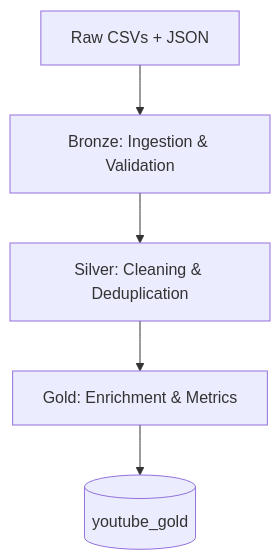
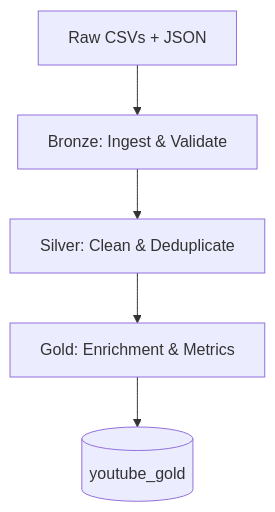
Before and after one commit to nickbartram/youtube_stats_databricks: the diagram in README.md, drawn with Mermaid.

Commit message:
another Mermaid edit

````diff
--- a/README.md
+++ b/README.md
@@ -13,7 +13,7 @@
 ```mermaid
 graph TD
-    A[Raw CSVs + JSON] --> B[Bronze: Ingestion & Validation]
-    B --> C[Silver: Cleaning & Deduplication]
+    A[Raw CSVs + JSON] --> B[Bronze: Ingest & Validate]
+    B --> C[Silver: Clean & Deduplicate]
     C --> D[Gold: Enrichment & Metrics]
     D --> E[(youtube_gold)]
 ```
````
